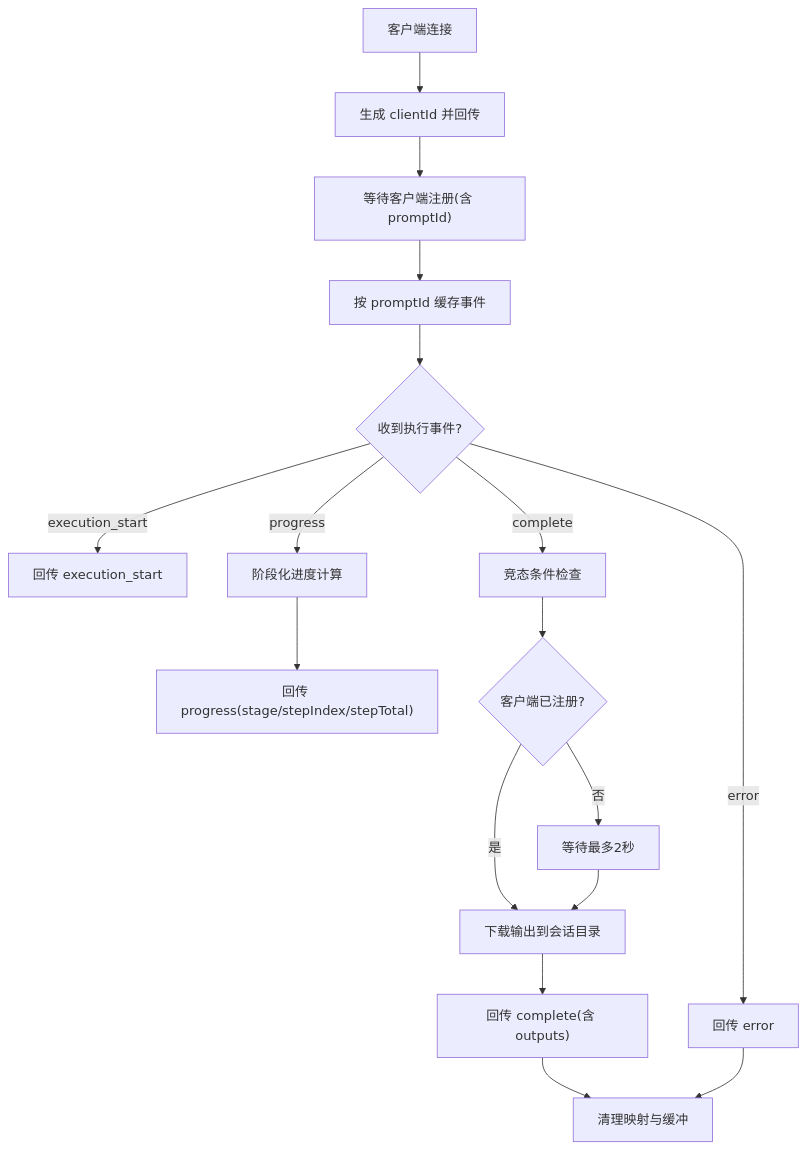
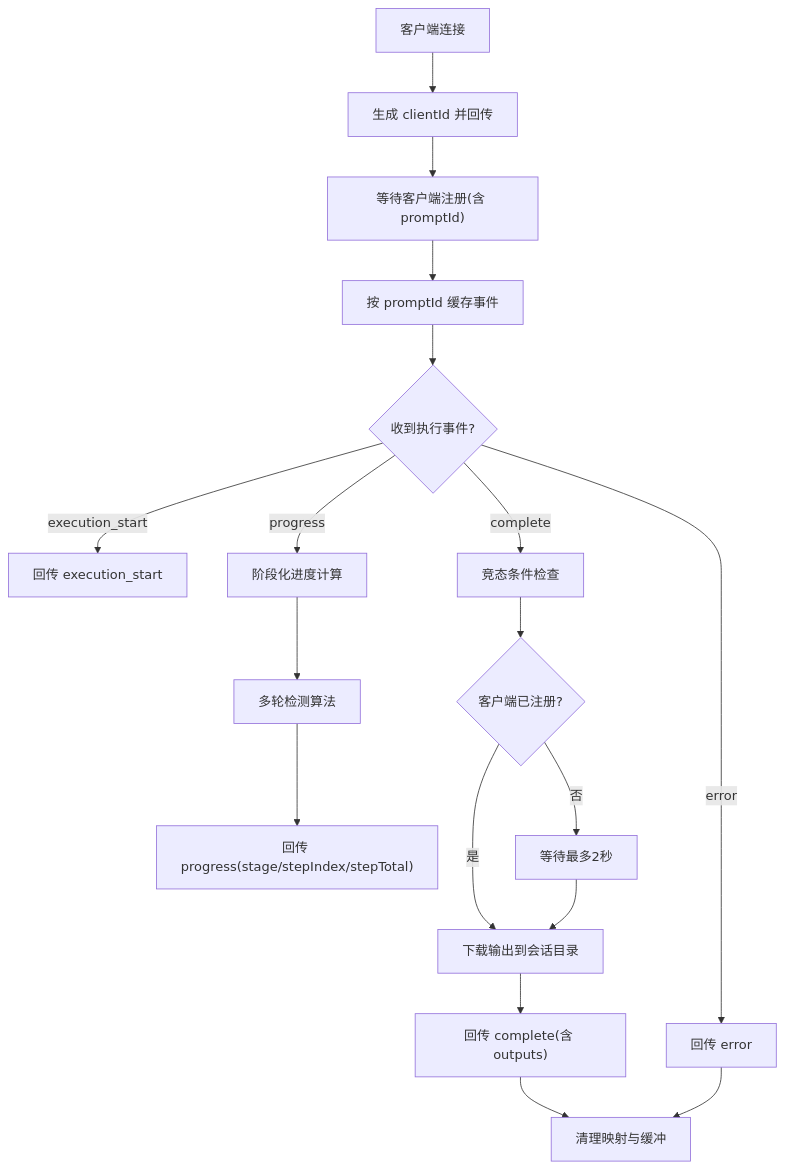
Before and after one commit to billye220670/CorineKit_Pix2Real: the fourth of 14 diagrams in .qoder/repowiki/zh/content/前端应用/WebSocket 通信.md, drawn with Mermaid. The commit also changed other lines of this file and 73 other files, not shown here.

````diff
--- a/.qoder/repowiki/zh/content/前端应用/WebSocket 通信.md
+++ b/.qoder/repowiki/zh/content/前端应用/WebSocket 通信.md
@@ -217,19 +227,20 @@
 ```mermaid
 flowchart TD
 Conn["客户端连接"] --> Assign["生成 clientId 并回传"]
 Assign --> Register["等待客户端注册(含 promptId)"]
 Register --> Buffer["按 promptId 缓存事件"]
 Buffer --> Events{"收到执行事件?"}
 Events --> |execution_start| SendStart["回传 execution_start"]
 Events --> |progress| StageCalc["阶段化进度计算"]
-StageCalc --> SendProgress["回传 progress(stage/stepIndex/stepTotal)"]
+StageCalc --> MultiRound["多轮检测算法"]
+MultiRound --> SendProgress["回传 progress(stage/stepIndex/stepTotal)"]
 Events --> |complete| WaitCheck["竞态条件检查"]
 WaitCheck --> CheckReg{"客户端已注册?"}
 CheckReg --> |是| Download["下载输出到会话目录"]
 CheckReg --> |否| Wait["等待最多2秒"]
 Wait --> Download
 Download --> SendComplete["回传 complete(含 outputs)"]
 Events --> |error| SendError["回传 error"]
 SendComplete --> Cleanup["清理映射与缓冲"]
 SendError --> Cleanup
 ```
````
